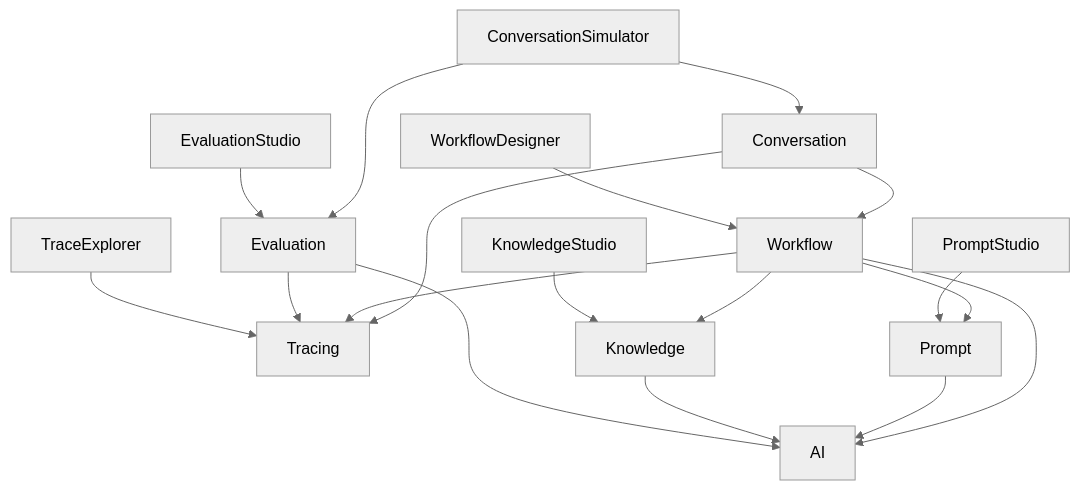
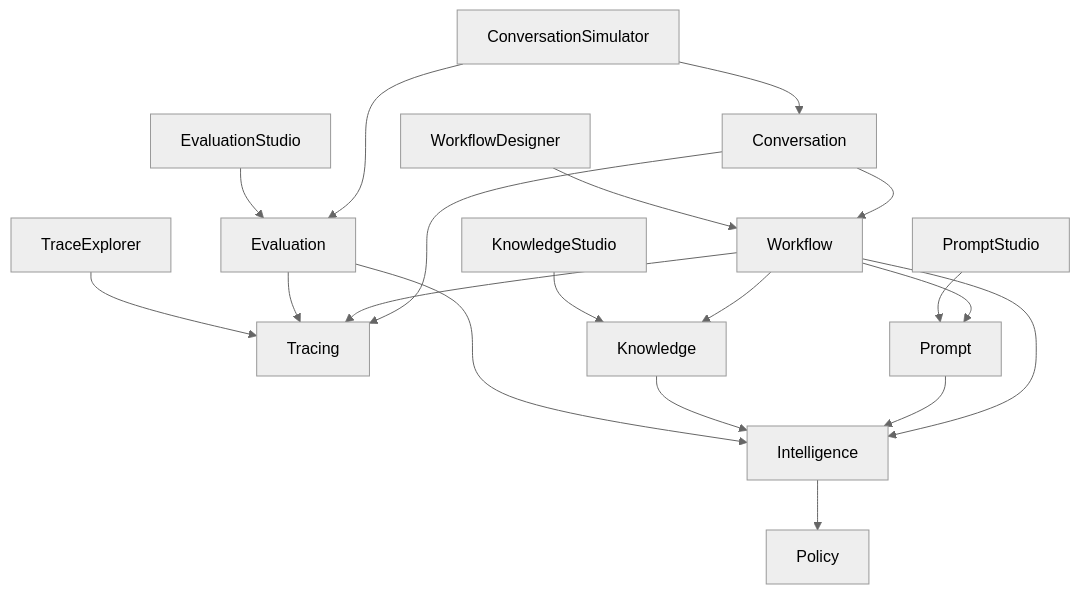
The diagram in docs/CapabilityMap.md (kevinkutoane/convolab), drawn with Mermaid (neutral theme) before and after one commit. The commit also changed other lines of this file and 31 other files, not shown here.

First line of the commit message:
feat: Capability 6 — Intelligence Engine and Policy bounded context

````diff
--- a/docs/CapabilityMap.md
+++ b/docs/CapabilityMap.md
@@ -48,23 +48,24 @@
 ```mermaid
 graph TD
     %% Core Dependencies
     Conversation --> Workflow
     Conversation --> Tracing
-    Workflow --> AI
+    Workflow --> Intelligence
     Workflow --> Knowledge
     Workflow --> Prompt
     Workflow --> Tracing
-    Prompt --> AI
-    Knowledge --> AI
-    Evaluation --> AI
+    Prompt --> Intelligence
+    Knowledge --> Intelligence
+    Evaluation --> Intelligence
+    Intelligence --> Policy
     Evaluation --> Tracing
     
     %% Application Layer
     ConversationSimulator --> Conversation
     ConversationSimulator --> Evaluation
     PromptStudio --> Prompt
     KnowledgeStudio --> Knowledge
     TraceExplorer --> Tracing
     WorkflowDesigner --> Workflow
     EvaluationStudio --> Evaluation
 ```
````
